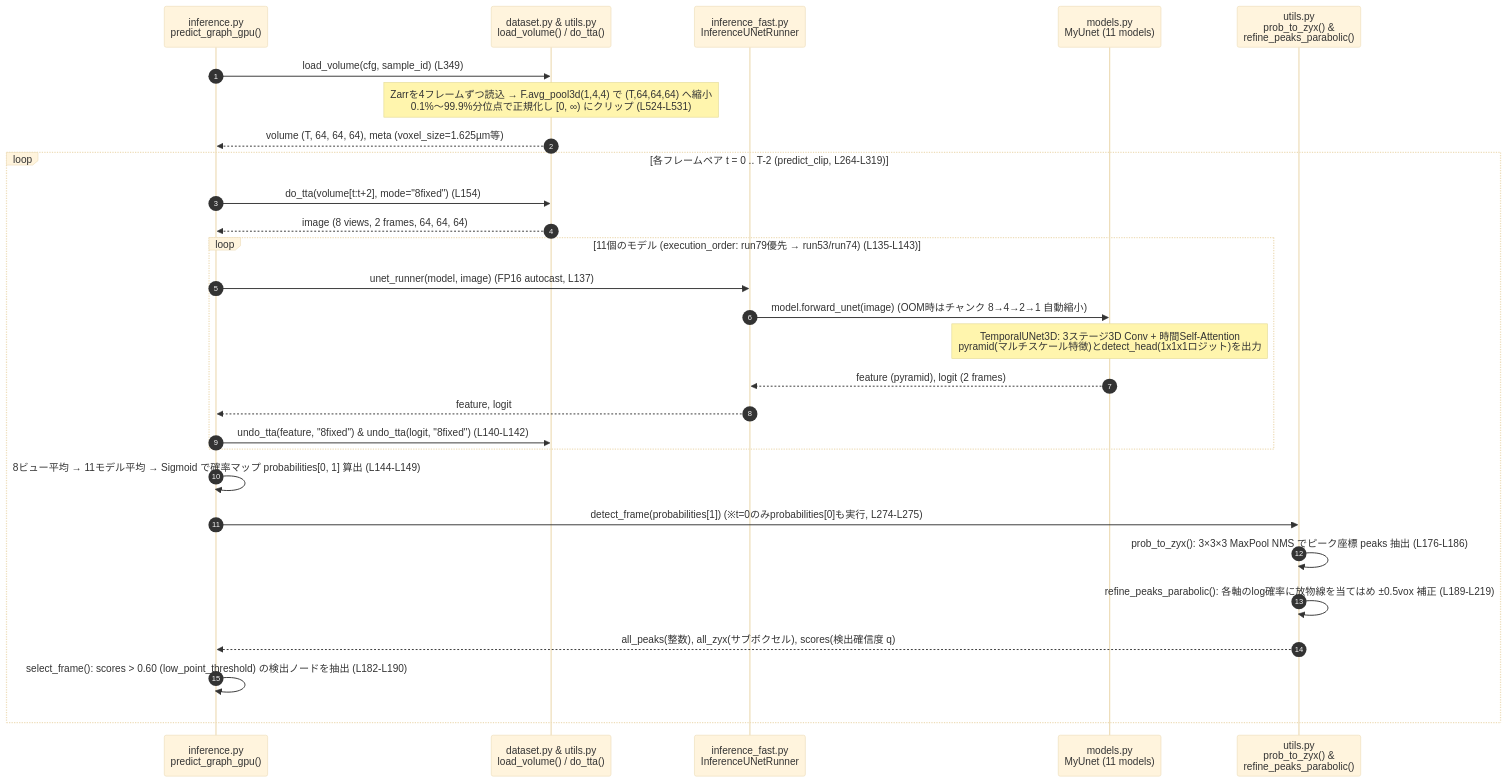
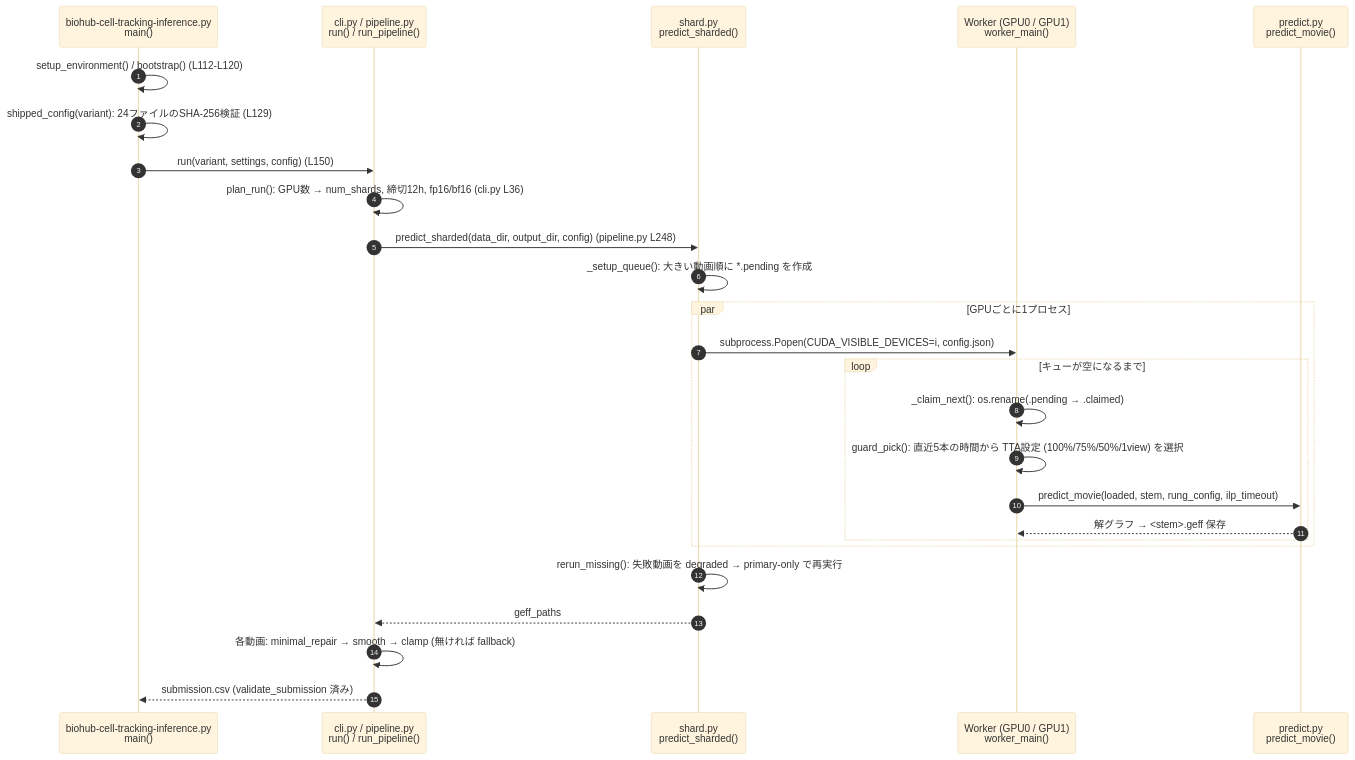
Before and after one commit to kito2718/kgle_001_BCT_Episode: the third of 9 diagrams in episode/Summary&Conclusion/6th-place-summary.md, drawn with Mermaid (base theme). The commit also changed other lines of this file, not shown here.

````diff
--- a/episode/Summary&Conclusion/6th-place-summary.md
+++ b/episode/Summary&Conclusion/6th-place-summary.md
@@ -311,34 +317,29 @@
 ```mermaid
 sequenceDiagram
     autonumber
-    participant Worker as inference.py<br/>predict_graph_gpu()
-    participant Data as dataset.py & utils.py<br/>load_volume() / do_tta()
-    participant Runner as inference_fast.py<br/>InferenceUNetRunner
-    participant UNet as models.py<br/>MyUnet (11 models)
-    participant Peak as utils.py<br/>prob_to_zyx() &<br/>refine_peaks_parabolic()
+    participant Main as biohub-cell-tracking-inference.py<br/>main()
+    participant CLI as cli.py / pipeline.py<br/>run() / run_pipeline()
+    participant Shard as shard.py<br/>predict_sharded()
+    participant Worker as Worker (GPU0 / GPU1)<br/>worker_main()
+    participant Pred as predict.py<br/>predict_movie()
 
-    Worker->>Data: load_volume(cfg, sample_id) (L349)
-    Note over Data: Zarrを4フレームずつ読込 → F.avg_pool3d(1,4,4) で (T,64,64,64) へ縮小<br/>0.1%〜99.9%分位点で正規化し [0, ∞) にクリップ (L524-L531)
-    Data-->>Worker: volume (T, 64, 64, 64), meta (voxel_size=1.625µm等)
-
-    loop 各フレームペア t = 0 .. T-2 (predict_clip, L264-L319)
-        Worker->>Data: do_tta(volume[t:t+2], mode="8fixed") (L154)
-        Data-->>Worker: image (8 views, 2 frames, 64, 64, 64)
-
-        loop 11個のモデル (execution_order: run79優先 → run53/run74) (L135-L143)
-            Worker->>Runner: unet_runner(model, image) (FP16 autocast, L137)
-            Runner->>UNet: model.forward_unet(image) (OOM時はチャンク 8→4→2→1 自動縮小)
-            Note over UNet: TemporalUNet3D: 3ステージ3D Conv + 時間Self-Attention<br/>pyramid(マルチスケール特徴)とdetect_head(1x1x1ロジット)を出力
-            UNet-->>Runner: feature (pyramid), logit (2 frames)
-            Runner-->>Worker: feature, logit
-            Worker->>Data: undo_tta(feature, "8fixed") & undo_tta(logit, "8fixed") (L140-L142)
+    Main->>Main: setup_environment() / bootstrap() (L112-L120)
+    Main->>Main: shipped_config(variant): 24ファイルのSHA-256検証 (L129)
+    Main->>CLI: run(variant, settings, config) (L150)
+    CLI->>CLI: plan_run(): GPU数 → num_shards, 締切12h, fp16/bf16 (cli.py L36)
+    CLI->>Shard: predict_sharded(data_dir, output_dir, config) (pipeline.py L248)
+    Shard->>Shard: _setup_queue(): 大きい動画順に *.pending を作成
+    par GPUごとに1プロセス
+        Shard->>Worker: subprocess.Popen(CUDA_VISIBLE_DEVICES=i, config.json)
+        loop キューが空になるまで
+            Worker->>Worker: _claim_next(): os.rename(.pending → .claimed)
+            Worker->>Worker: guard_pick(): 直近5本の時間から TTA設定 (100%/75%/50%/1view) を選択
+            Worker->>Pred: predict_movie(loaded, stem, rung_config, ilp_timeout)
+            Pred-->>Worker: 解グラフ → <stem>.geff 保存
         end
-
-        Worker->>Worker: 8ビュー平均 → 11モデル平均 → Sigmoid で確率マップ probabilities[0, 1] 算出 (L144-L149)
-        Worker->>Peak: detect_frame(probabilities[1]) (※t=0のみprobabilities[0]も実行, L274-L275)
-        Peak->>Peak: prob_to_zyx(): 3×3×3 MaxPool NMS でピーク座標 peaks 抽出 (L176-L186)
-        Peak->>Peak: refine_peaks_parabolic(): 各軸のlog確率に放物線を当てはめ ±0.5vox 補正 (L189-L219)
-        Peak-->>Worker: all_peaks(整数), all_zyx(サブボクセル), scores(検出確信度 q)
-        Worker->>Worker: select_frame(): scores > 0.60 (low_point_threshold) の検出ノードを抽出 (L182-L190)
     end
+    Shard->>Shard: rerun_missing(): 失敗動画を degraded → primary-only で再実行
+    Shard-->>CLI: geff_paths
+    CLI->>CLI: 各動画: minimal_repair → smooth → clamp (無ければ fallback)
+    CLI-->>Main: submission.csv (validate_submission 済み)
 ```
````
